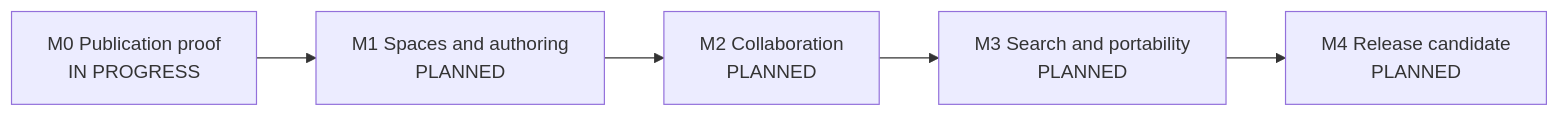
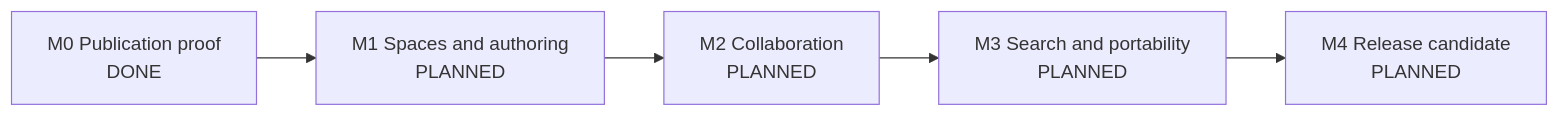
Before and after one commit to TJ-Engineer/ProjectWeave-Studio: the diagram in vibe-confluence/DEVELOPMENT_STORYBOARD.md, drawn with Mermaid. The commit also changed other lines of this file and 1 other file, not shown here.

Commit message:
docs: close KNW-01 publication proof

````diff
--- a/vibe-confluence/DEVELOPMENT_STORYBOARD.md
+++ b/vibe-confluence/DEVELOPMENT_STORYBOARD.md
@@ -41,7 +41,7 @@
 ```mermaid
 flowchart LR
-  M0["M0 Publication proof<br/>IN PROGRESS"] --> M1["M1 Spaces and authoring<br/>PLANNED"]
+  M0["M0 Publication proof<br/>DONE"] --> M1["M1 Spaces and authoring<br/>PLANNED"]
   M1 --> M2["M2 Collaboration<br/>PLANNED"]
   M2 --> M3["M3 Search and portability<br/>PLANNED"]
   M3 --> M4["M4 Release candidate<br/>PLANNED"]
 ```
````
